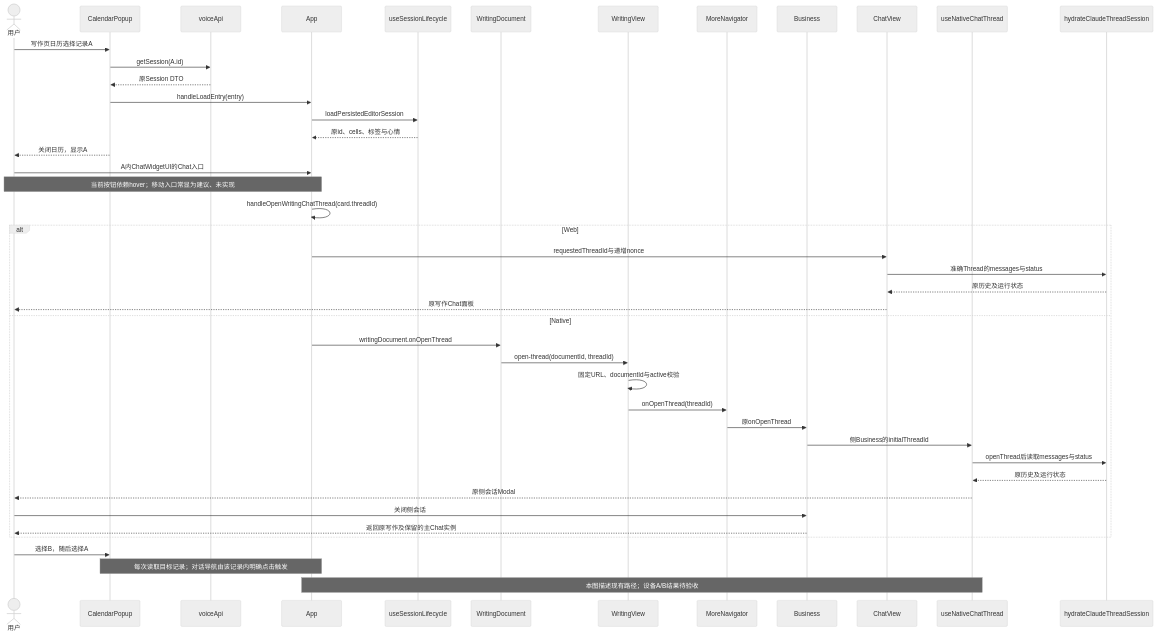
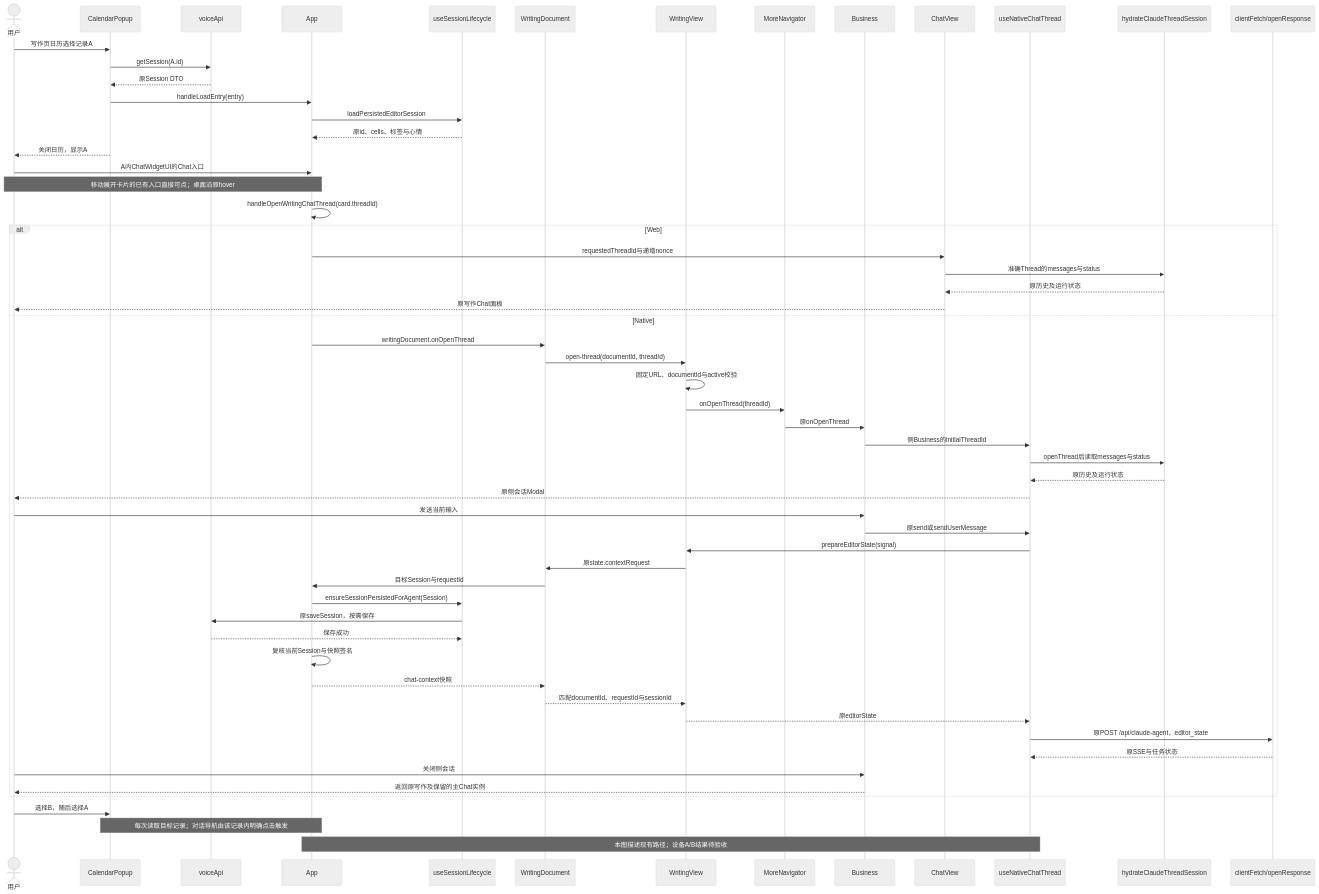
The fifth of 7 diagrams in docs/design/multi-platform/writing-mobile-layout.md (glide-the/im-dream), drawn with Mermaid (neutral theme) before and after one commit. The commit also changed other lines of this file and 77 other files, not shown here.

````diff
--- a/docs/design/multi-platform/writing-mobile-layout.md
+++ b/docs/design/multi-platform/writing-mobile-layout.md
@@ -287,46 +304,61 @@
 ```mermaid
 sequenceDiagram
   actor User as 用户
   participant Calendar as CalendarPopup
   participant API as voiceApi
   participant App as App
   participant Life as useSessionLifecycle
   participant Doc as WritingDocument
   participant View as WritingView
   participant More as MoreNavigator
   participant Business as Business
   participant Web as ChatView
   participant Native as useNativeChatThread
   participant Hydrate as hydrateClaudeThreadSession
+  participant HTTP as clientFetch/openResponse
   User->>Calendar: 写作页日历选择记录A
   Calendar->>API: getSession(A.id)
   API-->>Calendar: 原Session DTO
   Calendar->>App: handleLoadEntry(entry)
   App->>Life: loadPersistedEditorSession
   Life-->>App: 原id、cells、标签与心情
   Calendar-->>User: 关闭日历，显示A
   User->>App: A内ChatWidgetUI的Chat入口
-  Note over User,App: 当前按钮依赖hover；移动入口常显为建议、未实现
+  Note over User,App: 移动展开卡片的已有入口直接可点；桌面沿原hover
   App->>App: handleOpenWritingChatThread(card.threadId)
   alt Web
     App->>Web: requestedThreadId与递增nonce
     Web->>Hydrate: 准确Thread的messages与status
     Hydrate-->>Web: 原历史及运行状态
     Web-->>User: 原写作Chat面板
   else Native
     App->>Doc: writingDocument.onOpenThread
     Doc->>View: open-thread(documentId, threadId)
     View->>View: 固定URL、documentId与active校验
     View->>More: onOpenThread(threadId)
     More->>Business: 原onOpenThread
     Business->>Native: 侧Business的initialThreadId
     Native->>Hydrate: openThread后读取messages与status
     Hydrate-->>Native: 原历史及运行状态
     Native-->>User: 原侧会话Modal
+    User->>Business: 发送当前输入
+    Business->>Native: 原send或sendUserMessage
+    Native->>View: prepareEditorState(signal)
+    View->>Doc: 原state.contextRequest
+    Doc->>App: 目标Session与requestId
+    App->>Life: ensureSessionPersistedForAgent(Session)
+    Life->>API: 原saveSession，按需保存
+    API-->>Life: 保存成功
+    App->>App: 复核当前Session与快照签名
+    App-->>Doc: chat-context快照
+    Doc-->>View: 匹配documentId、requestId与sessionId
+    View-->>Native: 原editorState
+    Native->>HTTP: 原POST /api/claude-agent，editor_state
+    HTTP-->>Native: 原SSE与任务状态
     User->>Business: 关闭侧会话
     Business-->>User: 返回原写作及保留的主Chat实例
   end
   User->>Calendar: 选择B，随后选择A
   Note over Calendar,App: 每次读取目标记录；对话导航由该记录内明确点击触发
   Note over App,Native: 本图描述现有路径；设备A/B结果待验收
 ```
````
